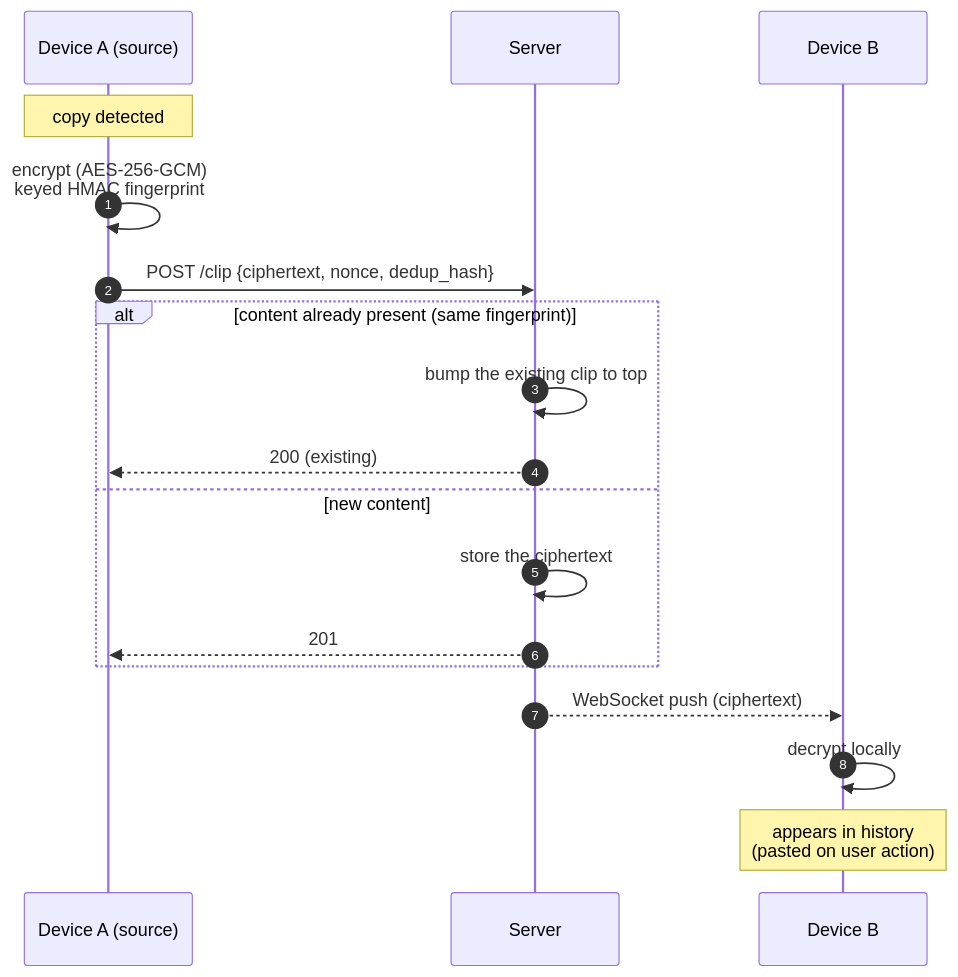
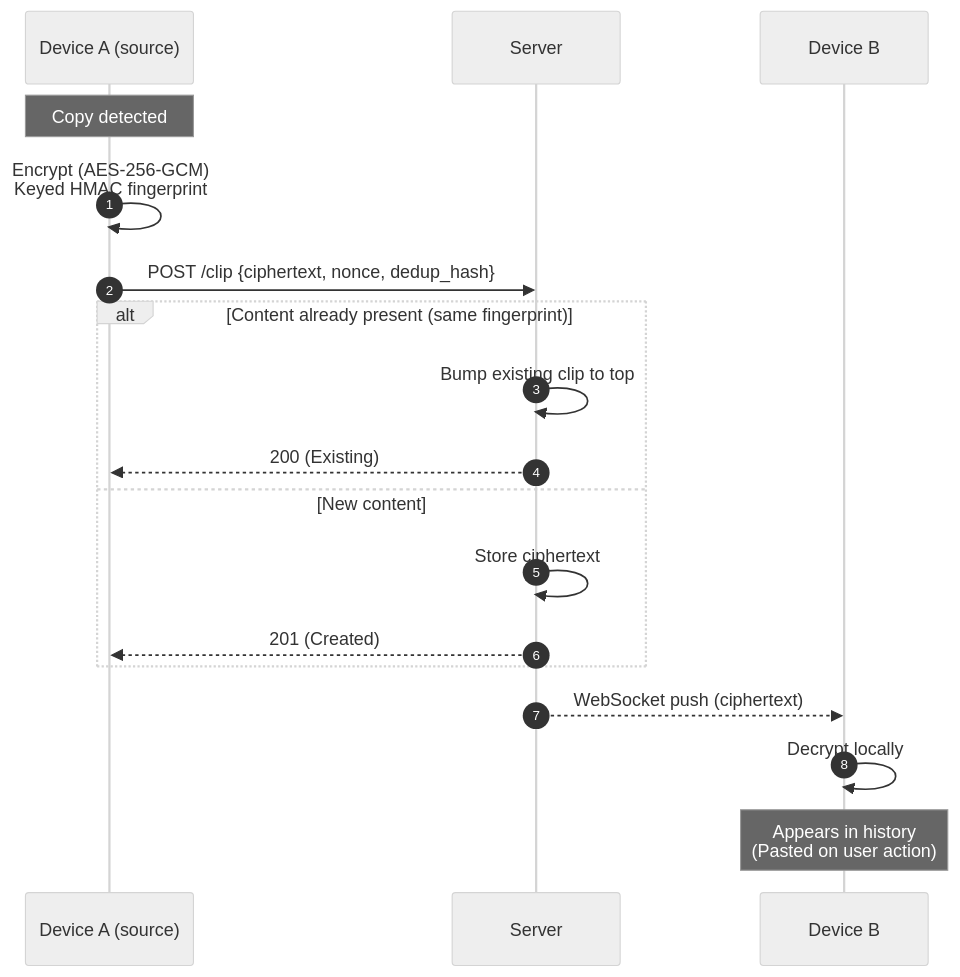
The second of 3 diagrams in README.md (kevindupas/mimoe), drawn with Mermaid before and after one commit. The commit also changed other lines of this file, not shown here.

Commit message:
docs: clip-lifecycle diagram styling, drop emojis from diagrams

````diff
--- a/README.md
+++ b/README.md
@@ -93,21 +93,27 @@
 ```mermaid
+%%{init: {"theme": "neutral", "themeCSS": ".messageText, text.messageText, .loopText, text.loopText, .loopText tspan, .sectionTitle, text.sectionTitle, .sectionTitle tspan, .labelText, text.labelText { paint-order: stroke; stroke: #ffffff; stroke-width: 6px; stroke-linejoin: round; }"}}%%
 sequenceDiagram
     autonumber
+
     participant A as Device A (source)
     participant S as Server
     participant B as Device B
 
-    Note over A: copy detected
-    A->>A: encrypt (AES-256-GCM)<br/>keyed HMAC fingerprint
+    Note over A: Copy detected
+    A->>A: Encrypt (AES-256-GCM)<br/>Keyed HMAC fingerprint
+    
     A->>S: POST /clip {ciphertext, nonce, dedup_hash}
-    alt content already present (same fingerprint)
-        S->>S: bump the existing clip to top
-        S-->>A: 200 (existing)
-    else new content
-        S->>S: store the ciphertext
-        S-->>A: 201
+    
+    alt Content already present (same fingerprint)
+        S->>S: Bump existing clip to top
+        S-->>A: 200 (Existing)
+    else New content
+        S->>S: Store ciphertext
+        S-->>A: 201 (Created)
     end
+    
     S-->>B: WebSocket push (ciphertext)
-    B->>B: decrypt locally
-    Note over B: appears in history<br/>(pasted on user action)
+    
+    B->>B: Decrypt locally
+    Note over B: Appears in history<br/>(Pasted on user action)
 ```
````
